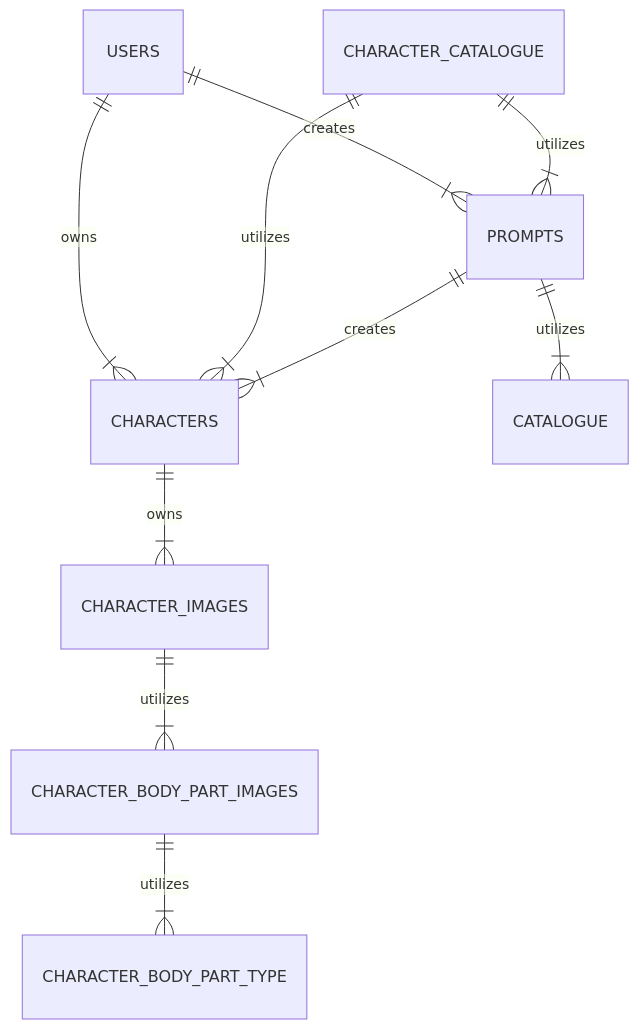
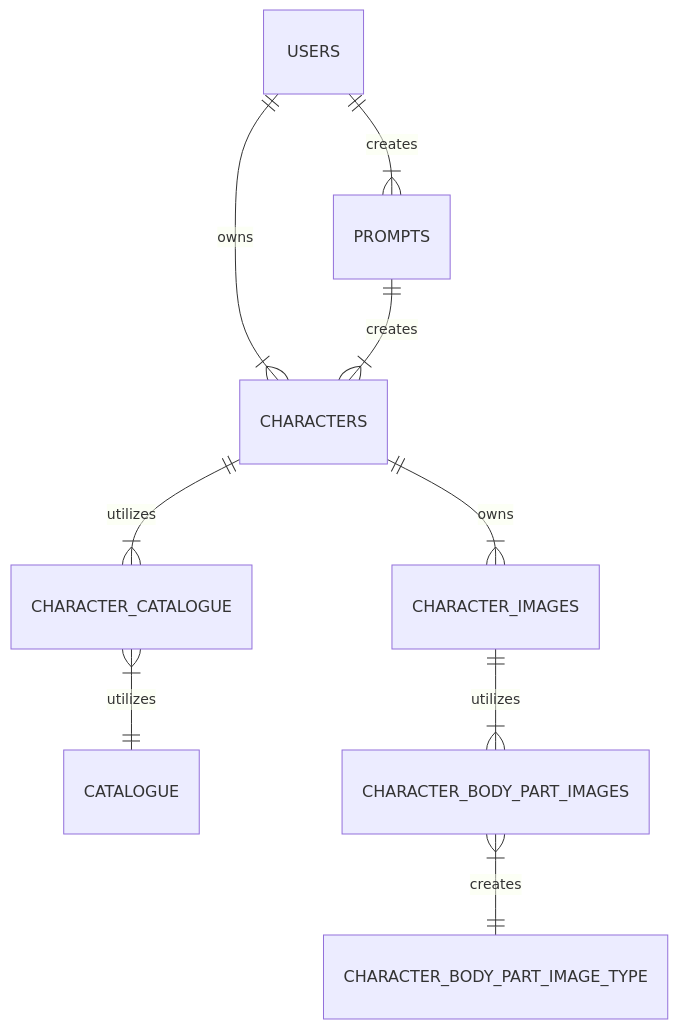
The first of 2 diagrams in README.md (Wren00/create-an-orc), drawn with Mermaid before and after one commit. The commit also changed other lines of this file, not shown here.

````diff
--- a/README.md
+++ b/README.md
@@ -49,12 +49,11 @@
 ```mermaid
 erDiagram
 USERS ||--|{ CHARACTERS : owns
 USERS ||--|{ PROMPTS : creates
 CHARACTERS ||--|{ CHARACTER_IMAGES : owns
+CHARACTERS ||--|{ CHARACTER_CATALOGUE : utilizes
+CHARACTER_CATALOGUE }|--|| CATALOGUE : utilizes
 CHARACTER_IMAGES ||--|{ CHARACTER_BODY_PART_IMAGES : utilizes
-CHARACTER_BODY_PART_IMAGES ||--|{ CHARACTER_BODY_PART_TYPE : utilizes
-CHARACTER_CATALOGUE ||--|{ CHARACTERS : utilizes
-CHARACTER_CATALOGUE ||--|{ PROMPTS : utilizes
-PROMPTS ||--|{ CATALOGUE : utilizes
+CHARACTER_BODY_PART_IMAGES }|--|| CHARACTER_BODY_PART_IMAGE_TYPE : creates
 PROMPTS ||--|{ CHARACTERS : creates
 ```
````
